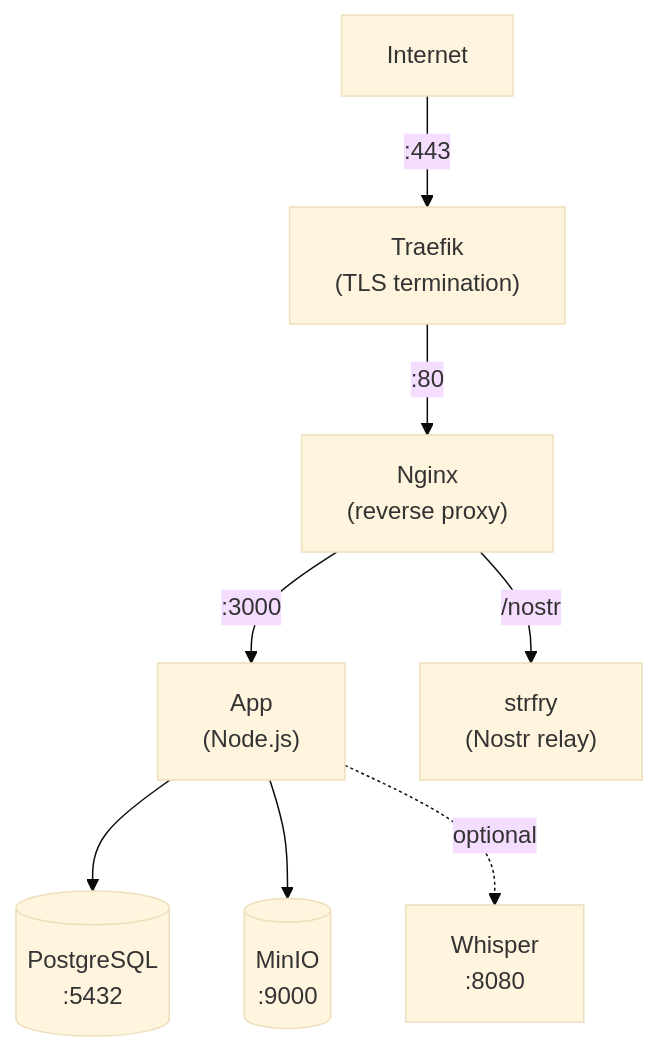
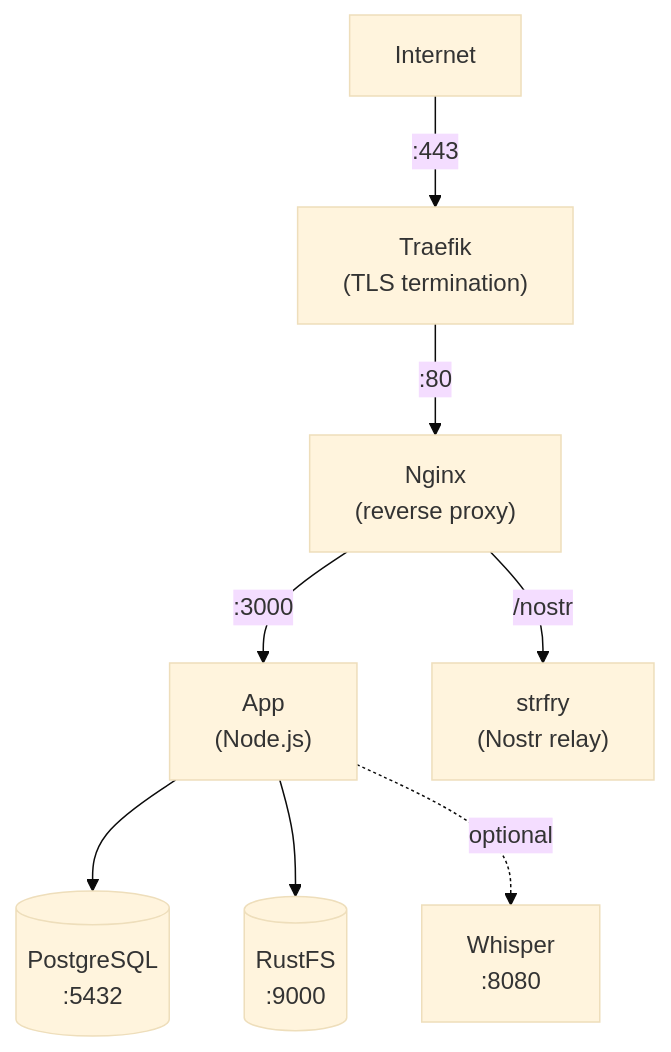
Before and after one commit to rhonda-rodododo/llamenos-hotline: the diagram in site/src/content/docs/en/deploy-coopcloud.md, drawn with Mermaid (base theme). The commit also changed other lines of this file and 101 other files, not shown here.

````diff
--- a/site/src/content/docs/en/deploy-coopcloud.md
+++ b/site/src/content/docs/en/deploy-coopcloud.md
@@ -295,10 +295,10 @@
 ```mermaid
 flowchart TD
     Internet -->|":443"| Traefik["Traefik<br/>(TLS termination)"]
     Traefik -->|":80"| Nginx["Nginx<br/>(reverse proxy)"]
     Nginx -->|":3000"| App["App<br/>(Node.js)"]
     Nginx -->|"/nostr"| Relay["strfry<br/>(Nostr relay)"]
     App --> PostgreSQL[("PostgreSQL<br/>:5432")]
-    App --> MinIO[("MinIO<br/>:9000")]
+    App --> RustFS[("RustFS<br/>:9000")]
     App -.->|"optional"| Whisper["Whisper<br/>:8080"]
 ```
````
